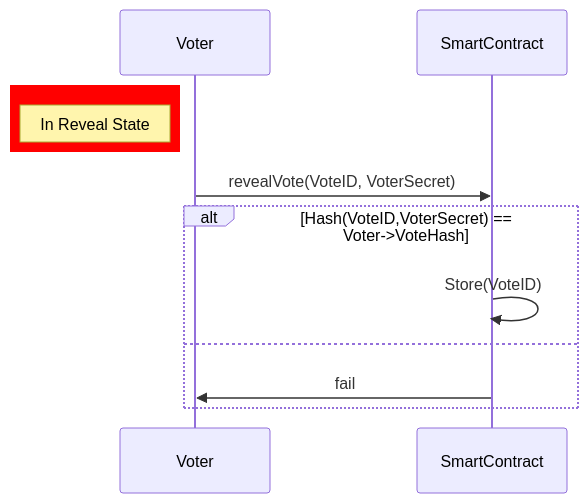
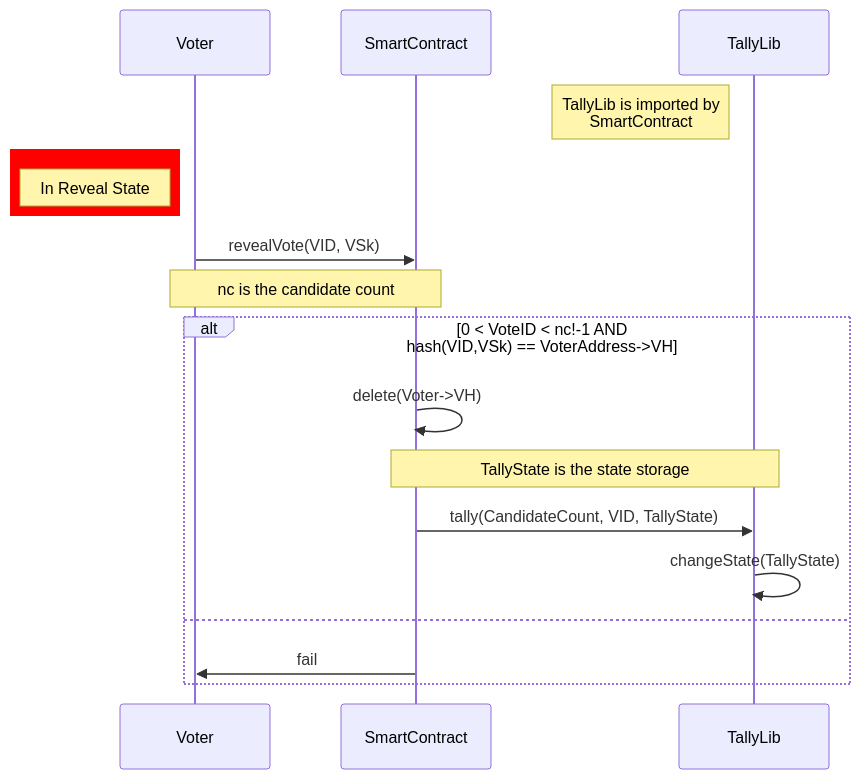
The diagram in docs/flows/basic/reveal-vote.mmd (ceyonur/electanon), drawn with Mermaid before and after one commit. The commit also changed 145 other files, not shown here.

```diff
--- a/docs/flows/basic/reveal-vote.mmd
+++ b/docs/flows/basic/reveal-vote.mmd
@@ -1,12 +1,19 @@
 sequenceDiagram
 participant Voter
 participant SC as SmartContract
+participant TallyLib
+note left of TallyLib: TallyLib is imported by <br> SmartContract
 rect rgb(255, 0, 0)
 note left of Voter: In Reveal State
 end
-Voter->>SC: revealVote(VoteID, VoterSecret)
-alt Hash(VoteID,VoterSecret) == Voter->VoteHash
-SC->>SC: Store(VoteID)
+Voter->>SC: revealVote(VID, VSk)
+Note over Voter, SC: nc is the candidate count
+alt 0 < VoteID < nc!-1 AND <br> hash(VID,VSk) == VoterAddress->VH
+SC->>SC: delete(Voter->VH)
+
+Note over SC, TallyLib: TallyState is the state storage
+SC->>TallyLib: tally(CandidateCount, VID, TallyState)
+TallyLib ->> TallyLib: changeState(TallyState)
 else
 SC->>Voter: fail
 end
```
